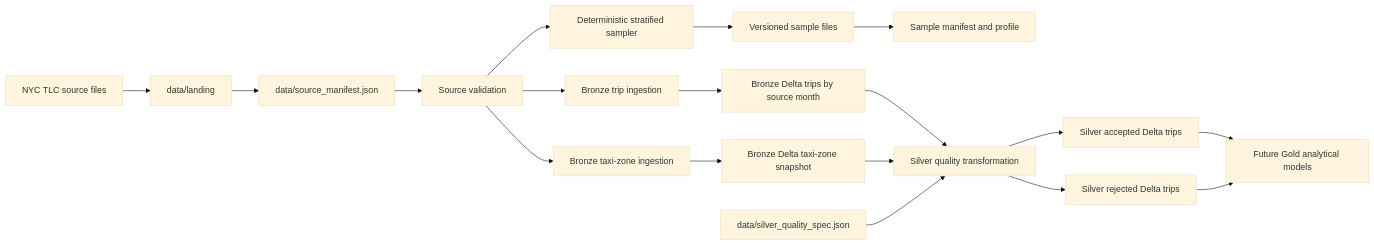
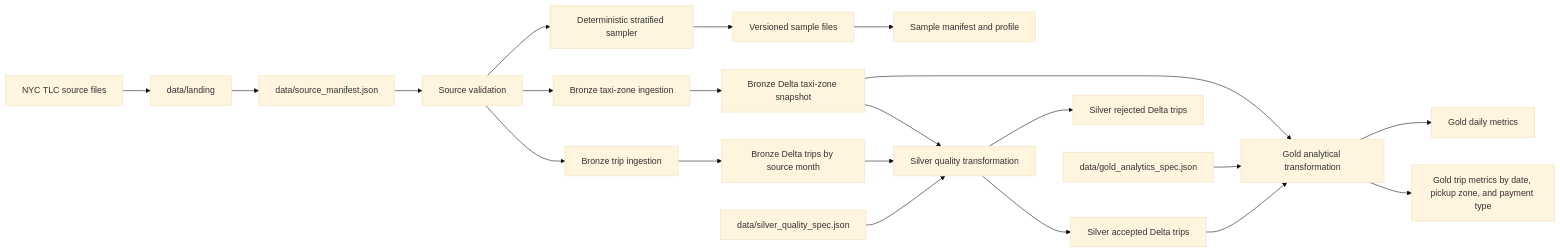
The diagram in README.md (theodev23/nyc-taxi-lakehouse-pyspark-databricks), drawn with Mermaid (base theme) before and after one commit. The commit also changed other lines of this file and 15 other files, not shown here.

First line of the commit message:
Implement Gold analytics layer

````diff
--- a/README.md
+++ b/README.md
@@ -64,25 +69,29 @@
 ```mermaid
 flowchart LR
     A[NYC TLC source files] --> B[data/landing]
     B --> C[data/source_manifest.json]
     C --> D[Source validation]
 
     D --> E[Bronze trip ingestion]
     D --> F[Bronze taxi-zone ingestion]
     E --> G[Bronze Delta trips by source month]
     F --> H[Bronze Delta taxi-zone snapshot]
 
     D --> I[Deterministic stratified sampler]
     I --> J[Versioned sample files]
     J --> K[Sample manifest and profile]
 
     G --> L[Silver quality transformation]
     H --> L
     Q[data/silver_quality_spec.json] --> L
 
     L --> M[Silver accepted Delta trips]
     L --> N[Silver rejected Delta trips]
 
-    M --> O[Future Gold analytical models]
-    N --> O
+    R[data/gold_analytics_spec.json] --> O[Gold analytical transformation]
+    M --> O
+    H --> O
+
+    O --> P[Gold trip metrics by date, pickup zone, and payment type]
+    O --> S[Gold daily metrics]
 ```
````
